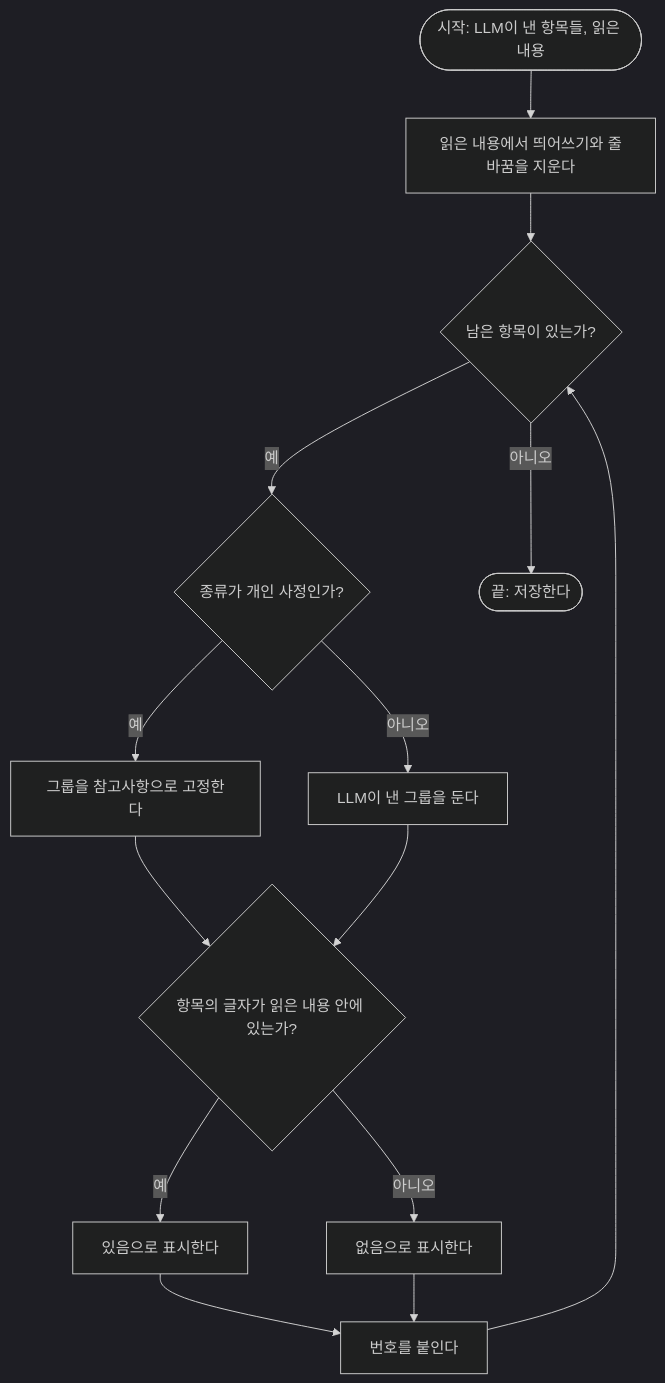
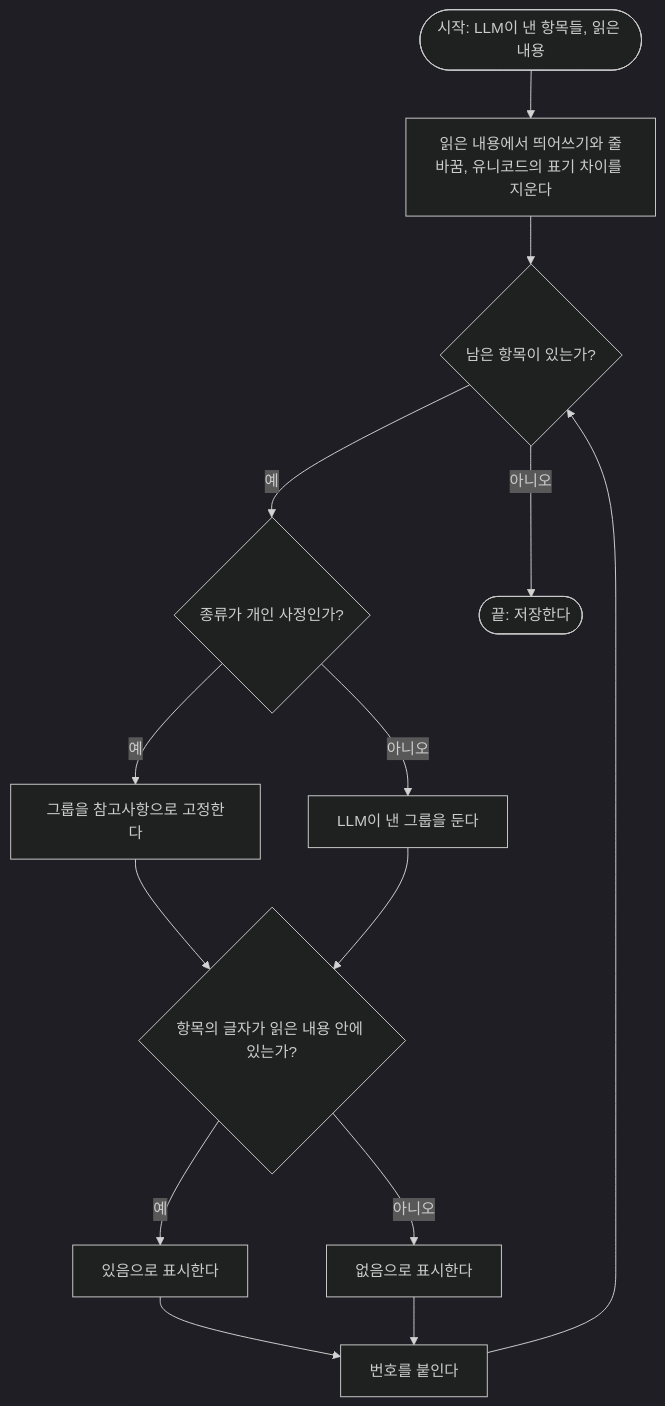
Before and after one commit to dev-tryit/groupby-harness: the third of 5 diagrams in docs/03_prd/prd.md, drawn with Mermaid (dark theme). The commit also changed other lines of this file and 57 other files, not shown here.

````diff
--- a/docs/03_prd/prd.md
+++ b/docs/03_prd/prd.md
@@ -231,16 +234,16 @@
 ```mermaid
 flowchart TD
-    A(["시작: LLM이 낸 항목들, 읽은 내용"]) --> B["읽은 내용에서 띄어쓰기와 줄바꿈을 지운다"]
+    A(["시작: LLM이 낸 항목들, 읽은 내용"]) --> B["읽은 내용에서 띄어쓰기와 줄바꿈, 유니코드의 표기 차이를 지운다"]
     B --> C{"남은 항목이 있는가?"}
     C -- 예 --> D{"종류가 개인 사정인가?"}
     D -- 예 --> E["그룹을 참고사항으로 고정한다"]
     D -- 아니오 --> F["LLM이 낸 그룹을 둔다"]
     E --> G{"항목의 글자가 읽은 내용 안에 있는가?"}
     F --> G
     G -- 예 --> H["있음으로 표시한다"]
     G -- 아니오 --> I["없음으로 표시한다"]
     H --> J["번호를 붙인다"]
     I --> J
     J --> C
     C -- 아니오 --> K(["끝: 저장한다"])
 ```
````
